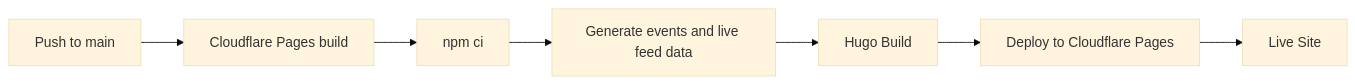
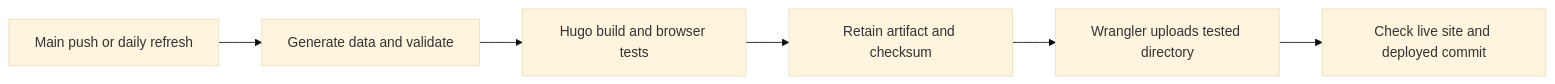
The second of 3 diagrams in README.md (CODE-Community-of-Developers-Engineers/website-frontpage), drawn with Mermaid (base theme) before and after one commit. The commit also changed other lines of this file and 18 other files, not shown here.

Commit message:
fix: harden Pages releases and feed reliability

````diff
--- a/README.md
+++ b/README.md
@@ -123,9 +125,8 @@
 ```mermaid
 flowchart LR
-    A[Push to main] --> B[Cloudflare Pages build]
-    B --> C[npm ci]
-    C --> D[Generate events and live feed data]
-    D --> E[Hugo Build]
-    E --> F[Deploy to Cloudflare Pages]
-    F --> G[Live Site]
+    A[Main push or daily refresh] --> B[Generate data and validate]
+    B --> C[Hugo build and browser tests]
+    C --> D[Retain artifact and checksum]
+    D --> E[Wrangler uploads tested directory]
+    E --> F[Check live site and deployed commit]
 ```
````
